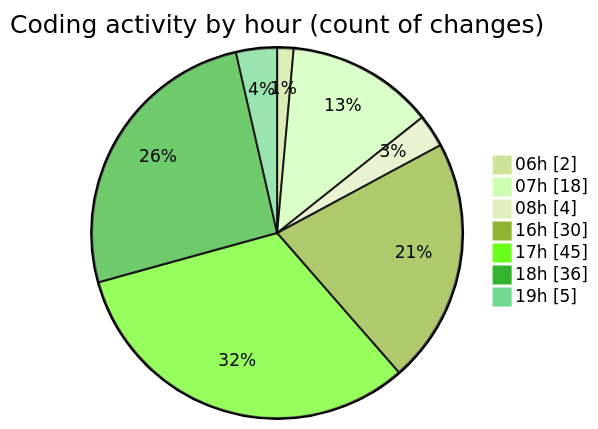
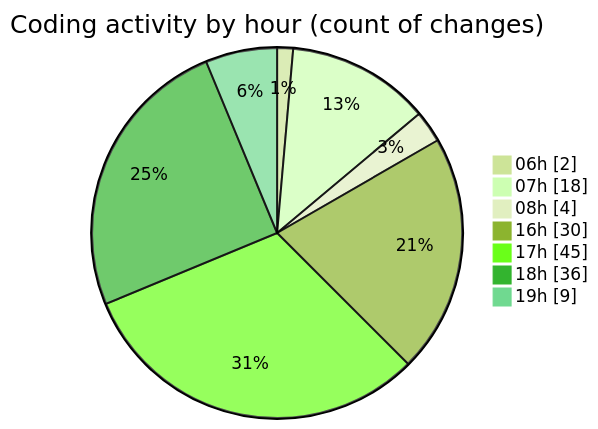
Before and after one commit to robertbonfada/code-tracking: the second of 2 diagrams in 2025-01-27/termonied-web/README.md, drawn with Mermaid (forest theme). The commit also changed other lines of this file and 1 other file, not shown here.

````diff
--- a/2025-01-27/termonied-web/README.md
+++ b/2025-01-27/termonied-web/README.md
@@ -44,11 +45,11 @@
 ```mermaid
 pie showData
 title Coding activity by hour (count of changes)
 "06h" : 2
 "07h" : 18
 "08h" : 4
 "16h" : 30
 "17h" : 45
 "18h" : 36
-"19h" : 5
+"19h" : 9
 ```
````
